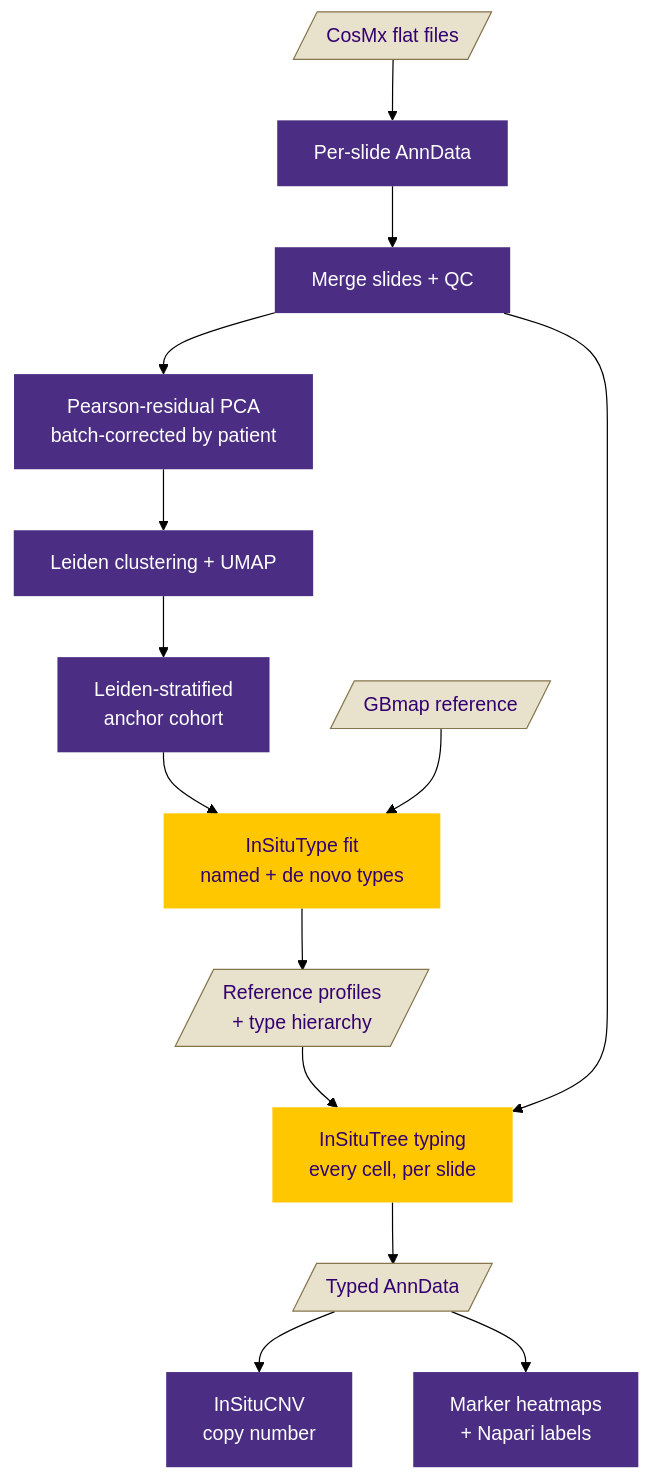
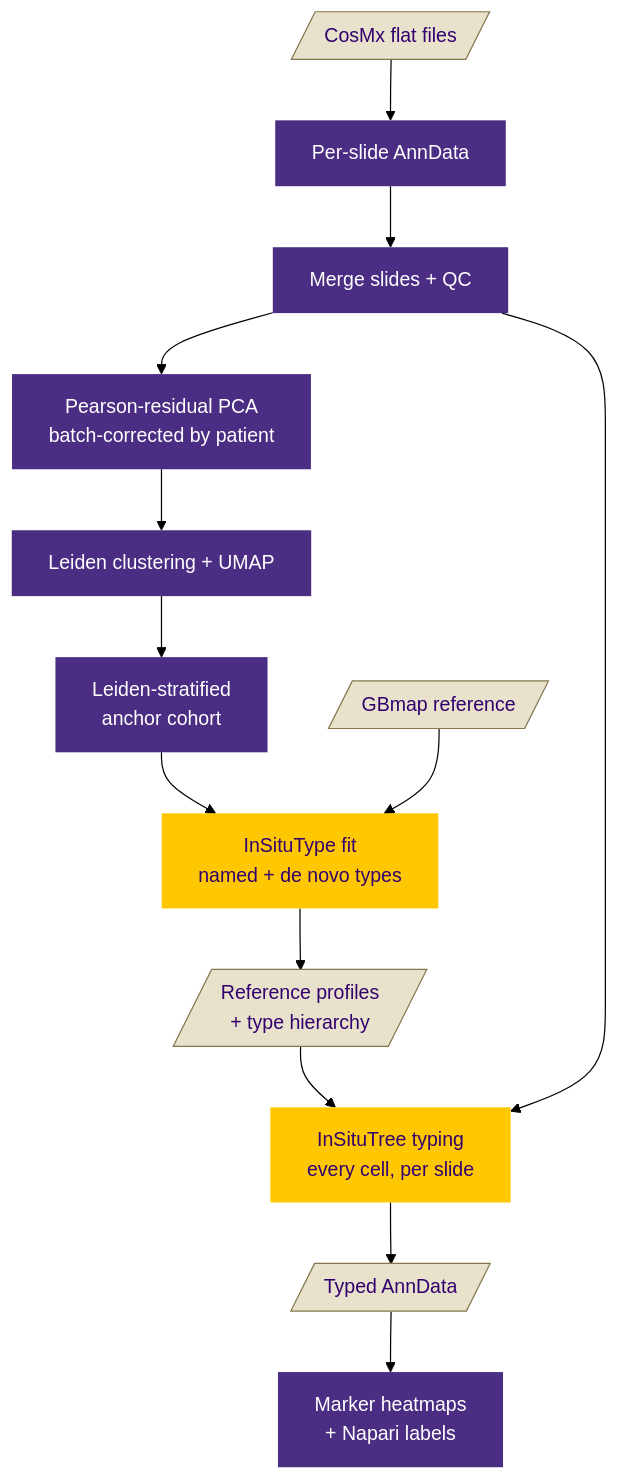
Before and after one commit to UW-BRaIN-lab/cosmx-utilities: the first of 2 diagrams in README.md, drawn with Mermaid (forest theme). The commit also changed other lines of this file, not shown here.

Commit message:
README: drop InSituCNV from the pipeline overview until its smoothing is validated

````diff
--- a/README.md
+++ b/README.md
@@ -12,28 +12,26 @@
 ```mermaid
 flowchart TD
     classDef data fill:#e8e1cc,stroke:#85754d,color:#32006e
     classDef step fill:#4b2e83,stroke:none,color:#ffffff
     classDef typing fill:#ffc700,stroke:none,color:#32006e
 
     flat[/"CosMx flat files"/]:::data
     h5ad["Per-slide AnnData"]:::step
     qc["Merge slides + QC"]:::step
     pca["Pearson-residual PCA<br/>batch-corrected by patient"]:::step
     leiden["Leiden clustering + UMAP"]:::step
     anchor["Leiden-stratified<br/>anchor cohort"]:::step
     gbmap[/"GBmap reference"/]:::data
     fit["InSituType fit<br/>named + de novo types"]:::typing
     ref[/"Reference profiles<br/>+ type hierarchy"/]:::data
     tree["InSituTree typing<br/>every cell, per slide"]:::typing
     typed[/"Typed AnnData"/]:::data
-    cnv["InSituCNV<br/>copy number"]:::step
     viz["Marker heatmaps<br/>+ Napari labels"]:::step
 
     flat --> h5ad --> qc --> pca --> leiden --> anchor --> fit
     gbmap --> fit
     fit --> ref --> tree
     qc --> tree
     tree --> typed
-    typed --> cnv
     typed --> viz
 ```
````
